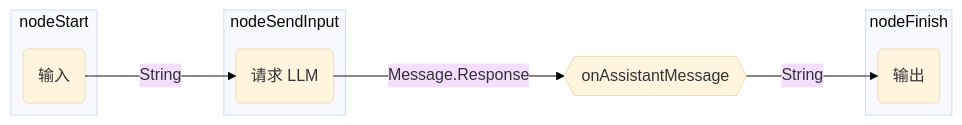
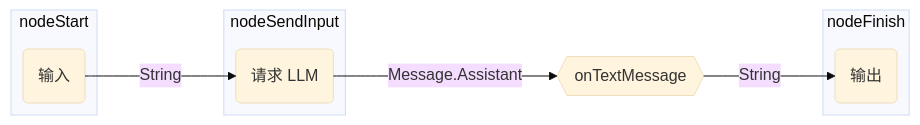
Before and after one commit to BinaryTape/Open-Docs: the second of 2 diagrams in docs/koog/agents/graph-based-agents.md, drawn with Mermaid (base theme). The commit also changed other lines of this file and 565 other files, not shown here.

````diff
--- a/docs/koog/agents/graph-based-agents.md
+++ b/docs/koog/agents/graph-based-agents.md
@@ -304,21 +317,21 @@
 ```mermaid
 ---
 config:
   flowchart:
     defaultRenderer: "elk"
 ---
 graph LR
     subgraph nodeStart
         Input(输入)
     end
     
     subgraph nodeFinish
         Output(输出)
     end
     
     subgraph nodeSendInput
         llmRequest(请求 LLM)
     end
     
-    Input --String--> llmRequest --Message.Response--> onAssistantMessage{{onAssistantMessage}} --String--> Output
+    Input --String--> llmRequest --Message.Assistant--> onTextMessage{{onTextMessage}} --String--> Output
 ```
````
